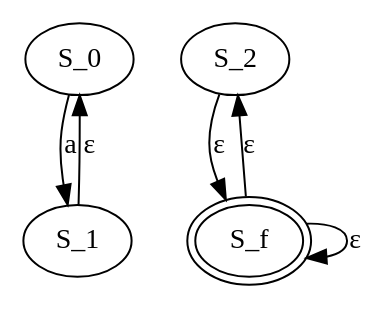
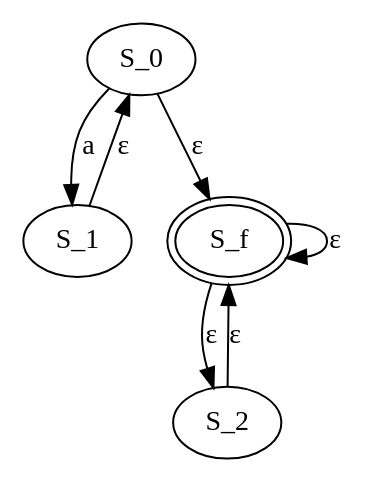
The diagram in toys/images/g011.fsa.dot (cmsmcq/gingersnap), drawn with Graphviz before and after one commit. The commit also changed 32 other files, not shown here.

```diff
--- a/toys/images/g011.fsa.dot
+++ b/toys/images/g011.fsa.dot
@@ -1,16 +1,17 @@
 digraph rgfsa {
   /* Circles-and-arrows diagram of FSA from right-regular grammar. 
      Generated by rg-to-dot.xsl.
      Input:file:/Users/cmsmcq/2021/gingersnap/toys/g011.fsa.xml
-     Generated:2021-01-17T11:36:19.745378-07:00 */
+     Generated:2021-01-17T12:43:06.742389-07:00 */
 
 S_0 [label="S_0"]
 S_1 [label="S_1"]
 S_2 [label="S_2"]
 S_f [label="S_f" peripheries=2]
 S_0 -> S_1 [label="a"];
+S_0 -> S_f [label="ε"];
 S_1 -> S_0 [label="ε"];
 S_2 -> S_f [label="ε"];
 S_f -> S_2 [label="ε"];
 S_f -> S_f [label="ε"];
 }
```
